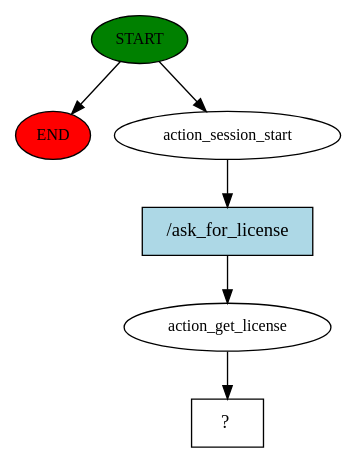
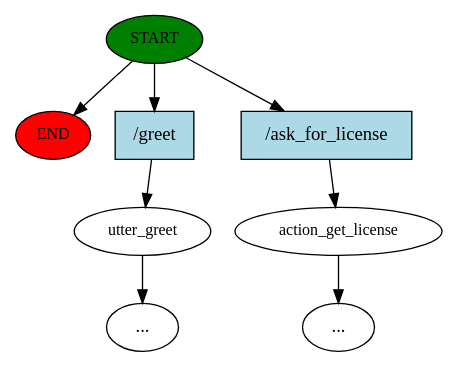
The diagram in src/story_graph.dot (CS-UCY-SEIT-lab/Licy_License_Chatbot_V2), drawn with Graphviz before and after one commit. The commit also changed 242 other files, not shown here.

```diff
--- a/src/story_graph.dot
+++ b/src/story_graph.dot
@@ -1,13 +1,17 @@
 digraph  {
 0 [class="start active", fillcolor=green, fontsize=12, label=START, style=filled];
 "-1" [class=end, fillcolor=red, fontsize=12, label=END, style=filled];
-1 [class=active, fontsize=12, label=action_session_start];
-2 [class=active, fontsize=12, label=action_get_license];
-3 [class="intent dashed active", label="  ?  ", shape=rect];
-4 [class="intent active", fillcolor=lightblue, label="/ask_for_license", shape=rect, style=filled];
+1 [class="", fontsize=12, label=utter_greet];
+2 [class="active dashed", fontsize=12, label=action_get_license];
+"-5" [class=ellipsis, label="..."];
+"-7" [class=ellipsis, label="..."];
+7 [class=intent, fillcolor=lightblue, label="/greet", shape=rect, style=filled];
+8 [class="intent active", fillcolor=lightblue, label="/ask_for_license", shape=rect, style=filled];
 0 -> "-1"  [class="", key=NONE, label=""];
-0 -> 1  [class=active, key=NONE, label=""];
-1 -> 4  [class=active, key=0];
-2 -> 3  [class=active, key=NONE, label=""];
-4 -> 2  [class=active, key=0];
+0 -> 7  [class="", key=0];
+0 -> 8  [class=active, key=0];
+1 -> "-7"  [class="", key=NONE, label=""];
+2 -> "-5"  [class="", key=NONE, label=""];
+7 -> 1  [class="", key=0];
+8 -> 2  [class=active, key=0];
 }
```
